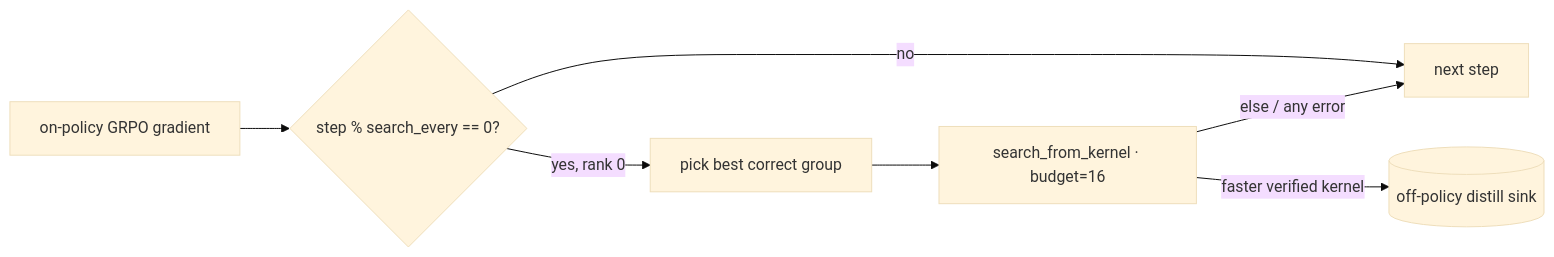
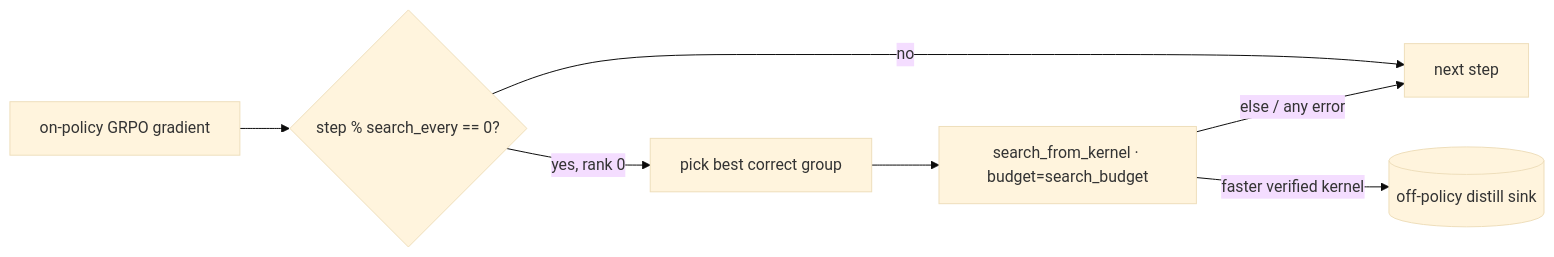
One commit to amd-shasriva/KORE changed the second of 2 diagrams in kore/search/README.md. Above: the diagram before and after it, drawn with Mermaid (base theme). The commit also changed other lines of this file and 61 other files, not shown here.

````diff
--- a/kore/search/README.md
+++ b/kore/search/README.md
@@ -89,9 +89,9 @@
 ```mermaid
 flowchart LR
   GRAD[on-policy GRPO gradient] --> HOOK{step % search_every == 0?}
   HOOK -->|no| NEXT[next step]
   HOOK -->|yes, rank 0| BEST[pick best correct group]
-  BEST --> AK[search_from_kernel · budget=16]
+  BEST --> AK[search_from_kernel · budget=search_budget]
   AK -->|faster verified kernel| SINK[(off-policy distill sink)]
   AK -->|else / any error| NEXT
 ```
````
